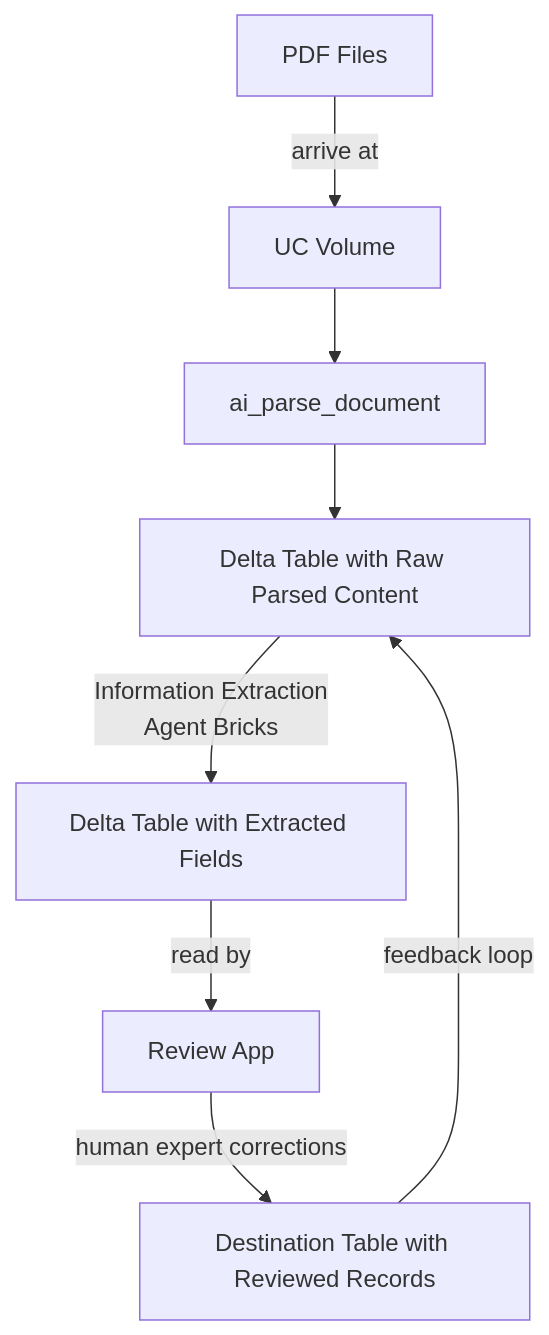
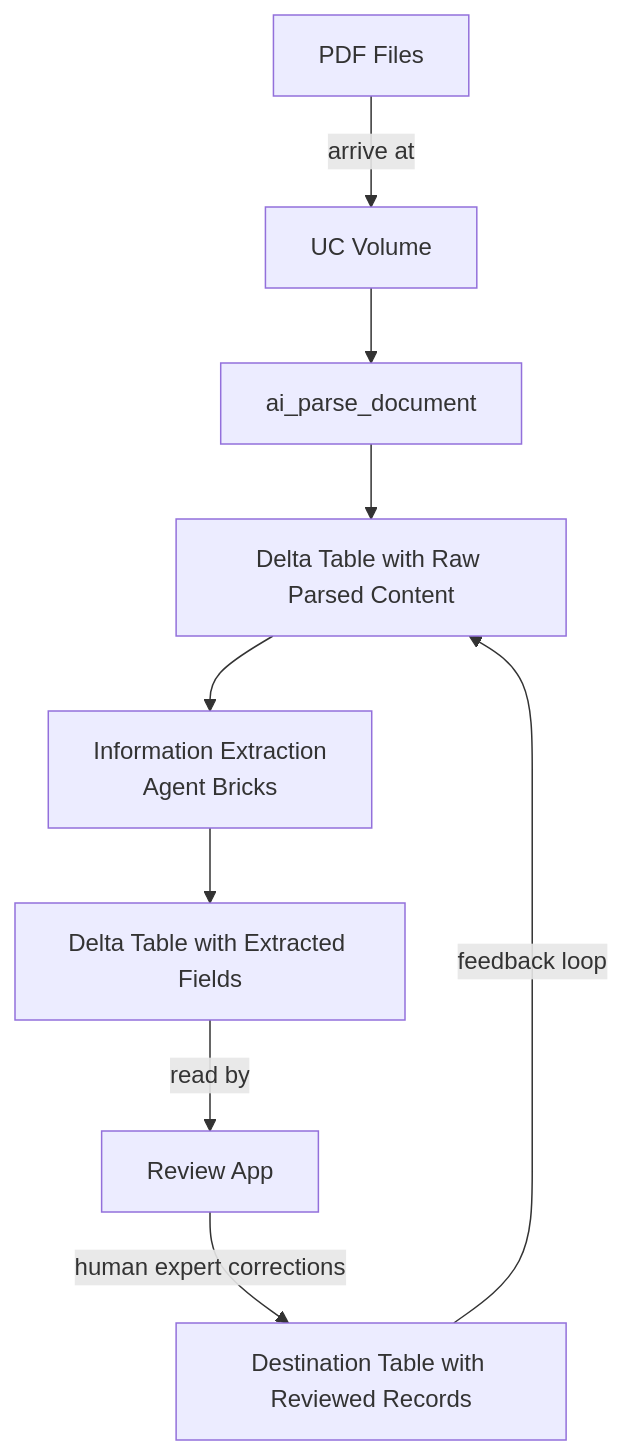
Before and after one commit to CEDipEngineering/InformationExtractionReviewApp: the diagram in README.md, drawn with Mermaid.

Commit message:
Improve flowchart 2

````diff
--- a/README.md
+++ b/README.md
@@ -7,11 +7,13 @@
 ```mermaid
 flowchart TD
     A[PDF Files] -->|arrive at| B[UC Volume]
     B --> PARSE[ai_parse_document]
     PARSE --> C[Delta Table with Raw Parsed Content]
-    C -->|Information Extraction\nAgent Bricks| D[Delta Table with Extracted Fields]
+    C --> AGENT[Information Extraction\nAgent Bricks]
+    AGENT --> D[Delta Table with Extracted Fields]
     D -->|read by| E[Review App]
     E -->|human expert corrections| F[Destination Table with Reviewed Records]
     F -->|feedback loop| C
     click PARSE "https://docs.databricks.com/aws/en/sql/language-manual/functions/ai_parse_document" "ai_parse_document docs"
+    click AGENT "https://docs.databricks.com/aws/en/generative-ai/agent-bricks/key-info-extraction" "Information Extraction Agent Bricks docs"
 ```
````
